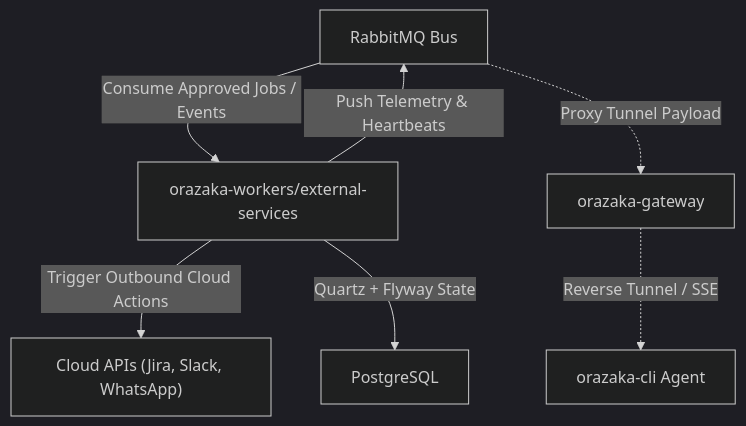
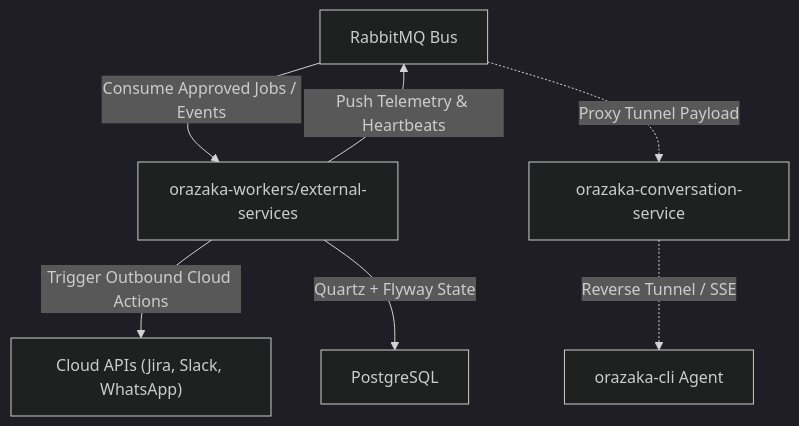
Before and after one commit to krizaka/krizaka-com: the first of 2 diagrams in orazaka-content/docs/AUTOMATION.md, drawn with Mermaid (dark theme). The commit also changed other lines of this file and 99 other files, not shown here.

Commit message:
feat(orochia): showcase Orochia 4K streaming platform on krizaka-com with dedicated product route, media gallery & architecture sync

````diff
--- a/orazaka-content/docs/AUTOMATION.md
+++ b/orazaka-content/docs/AUTOMATION.md
@@ -15,10 +15,10 @@
 ```mermaid
 graph TD
     rabbitmq[" RabbitMQ Bus"] -->|Consume Approved Jobs / Events| worker["orazaka-workers/external-services"]
     worker -->|Push Telemetry & Heartbeats| rabbitmq
     worker -->|Trigger Outbound Cloud Actions| external[" Cloud APIs (Jira, Slack, WhatsApp)"]
     worker -->|Quartz + Flyway State| db[" PostgreSQL"]
     
-    gateway["orazaka-gateway"] -.->|Reverse Tunnel / SSE| cli["orazaka-cli Agent"]
+    gateway["orazaka-conversation-service"] -.->|Reverse Tunnel / SSE| cli["orazaka-cli Agent"]
     rabbitmq -.->|Proxy Tunnel Payload| gateway
 ```
````
